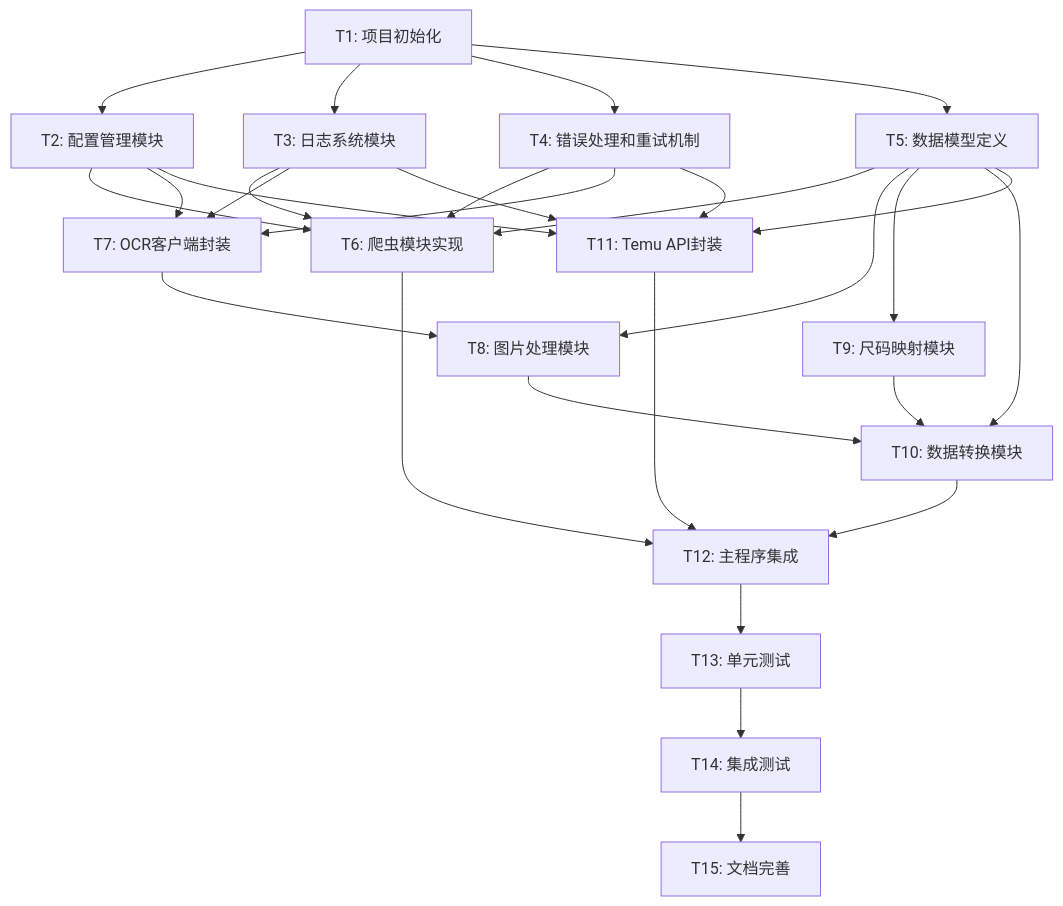
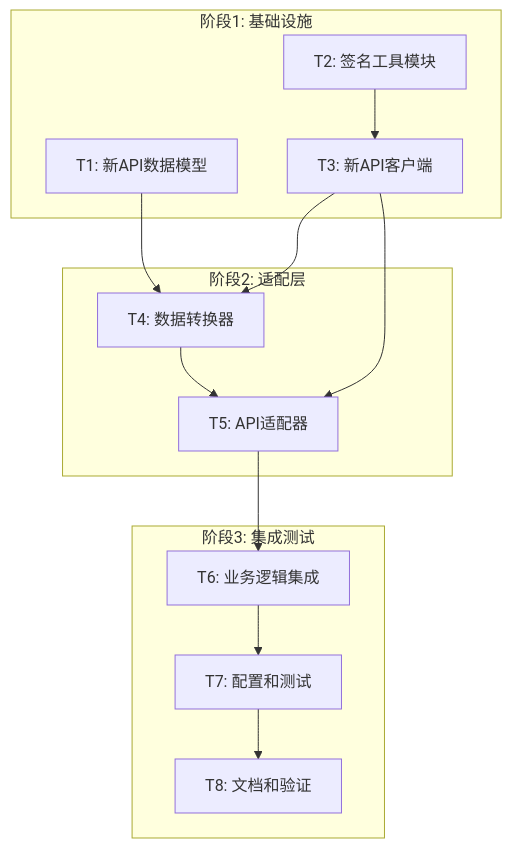
One commit to xcn04248/AutoTemu changed the diagram in docs/AutoTemu/TASK_AutoTemu.md. Above: the diagram before and after it, drawn with Mermaid. The commit also changed other lines of this file and 64 other files, not shown here.

````diff
--- a/docs/AutoTemu/TASK_AutoTemu.md
+++ b/docs/AutoTemu/TASK_AutoTemu.md
@@ -9,54 +9,28 @@
 ```mermaid
 graph TD
-    T1[T1: 项目初始化]
-    T2[T2: 配置管理模块]
-    T3[T3: 日志系统模块]
-    T4[T4: 错误处理和重试机制]
-    T5[T5: 数据模型定义]
-    T6[T6: 爬虫模块实现]
-    T7[T7: OCR客户端封装]
-    T8[T8: 图片处理模块]
-    T9[T9: 尺码映射模块]
-    T10[T10: 数据转换模块]
-    T11[T11: Temu API封装]
-    T12[T12: 主程序集成]
-    T13[T13: 单元测试]
-    T14[T14: 集成测试]
-    T15[T15: 文档完善]
+    subgraph "阶段1: 基础设施"
+        T1[T1: 新API数据模型]
+        T2[T2: 签名工具模块]
+        T3[T3: 新API客户端]
+    end
     
-    T1 --> T2
-    T1 --> T3
+    subgraph "阶段2: 适配层"
+        T4[T4: 数据转换器]
+        T5[T5: API适配器]
+    end
+    
+    subgraph "阶段3: 集成测试"
+        T6[T6: 业务逻辑集成]
+        T7[T7: 配置和测试]
+        T8[T8: 文档和验证]
+    end
+    
     T1 --> T4
-    T1 --> T5
-    
-    T2 --> T6
-    T3 --> T6
-    T4 --> T6
+    T2 --> T3
+    T3 --> T4
+    T3 --> T5
+    T4 --> T5
     T5 --> T6
-    
-    T2 --> T7
-    T3 --> T7
-    T4 --> T7
-    
+    T6 --> T7
     T7 --> T8
-    T5 --> T8
-    
-    T5 --> T9
-    
-    T8 --> T10
-    T9 --> T10
-    T5 --> T10
-    
-    T2 --> T11
-    T3 --> T11
-    T4 --> T11
-    T5 --> T11
-    
-    T6 --> T12
-    T10 --> T12
-    T11 --> T12
-    
-    T12 --> T13
-    T13 --> T14
-    T14 --> T15
 ```
````
